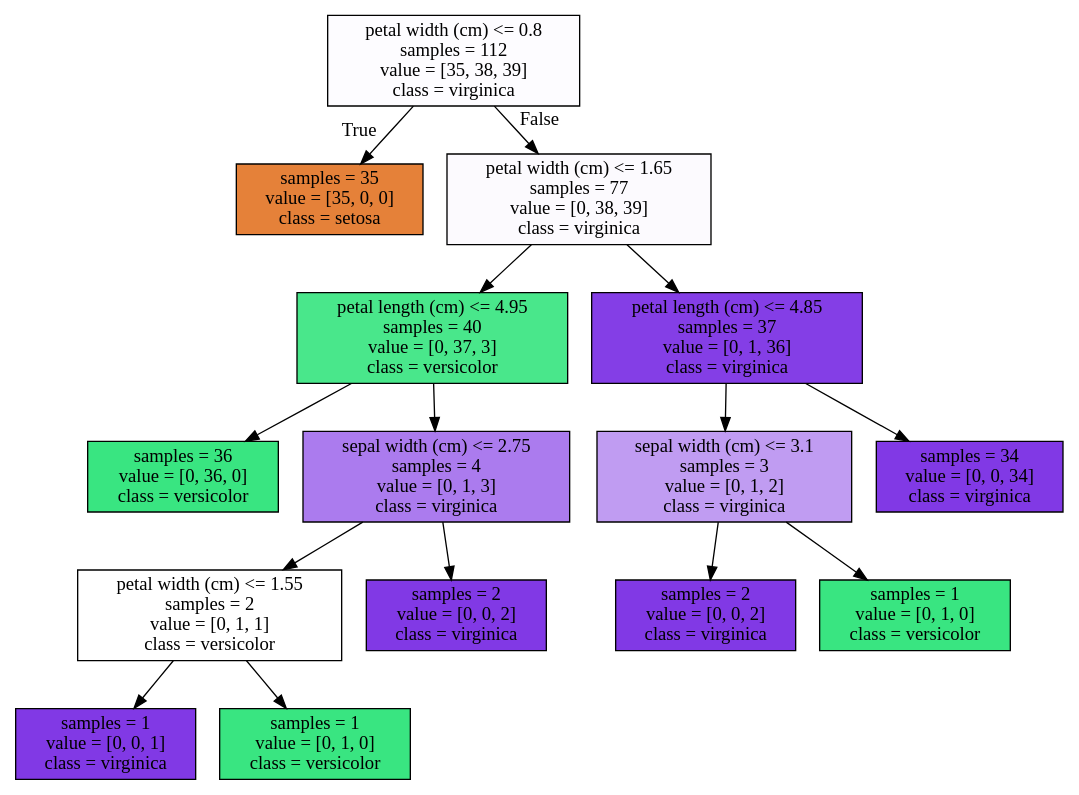
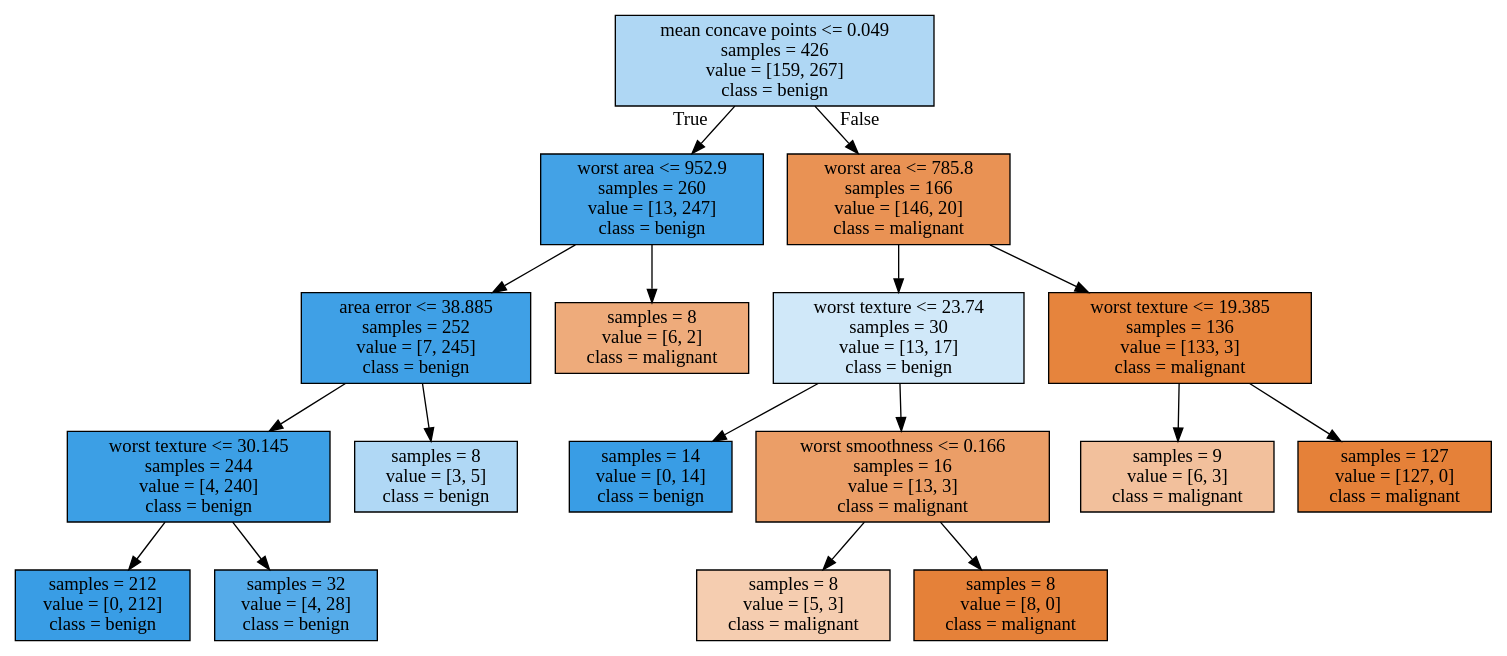
The diagram in Machine Learning/all_example_ml/adspy_temp.dot (nikshingadiya/jupyter), drawn with Graphviz before and after one commit. The commit also changed 21 other files, not shown here.

```diff
--- a/Machine Learning/all_example_ml/adspy_temp.dot
+++ b/Machine Learning/all_example_ml/adspy_temp.dot
@@ -1,32 +1,36 @@
 digraph Tree {
 node [shape=box, style="filled", color="black"] ;
-0 [label="petal width (cm) <= 0.8\nsamples = 112\nvalue = [35, 38, 39]\nclass = virginica", fillcolor="#fdfcff"] ;
-1 [label="samples = 35\nvalue = [35, 0, 0]\nclass = setosa", fillcolor="#e58139"] ;
+0 [label="mean concave points <= 0.049\nsamples = 426\nvalue = [159, 267]\nclass = benign", fillcolor="#afd7f4"] ;
+1 [label="worst area <= 952.9\nsamples = 260\nvalue = [13, 247]\nclass = benign", fillcolor="#43a2e6"] ;
 0 -> 1 [labeldistance=2.5, labelangle=45, headlabel="True"] ;
-2 [label="petal width (cm) <= 1.65\nsamples = 77\nvalue = [0, 38, 39]\nclass = virginica", fillcolor="#fcfafe"] ;
-0 -> 2 [labeldistance=2.5, labelangle=-45, headlabel="False"] ;
-3 [label="petal length (cm) <= 4.95\nsamples = 40\nvalue = [0, 37, 3]\nclass = versicolor", fillcolor="#49e78b"] ;
+2 [label="area error <= 38.885\nsamples = 252\nvalue = [7, 245]\nclass = benign", fillcolor="#3fa0e6"] ;
+1 -> 2 ;
+3 [label="worst texture <= 30.145\nsamples = 244\nvalue = [4, 240]\nclass = benign", fillcolor="#3c9fe5"] ;
 2 -> 3 ;
-4 [label="samples = 36\nvalue = [0, 36, 0]\nclass = versicolor", fillcolor="#39e581"] ;
+4 [label="samples = 212\nvalue = [0, 212]\nclass = benign", fillcolor="#399de5"] ;
 3 -> 4 ;
-5 [label="sepal width (cm) <= 2.75\nsamples = 4\nvalue = [0, 1, 3]\nclass = virginica", fillcolor="#ab7bee"] ;
+5 [label="samples = 32\nvalue = [4, 28]\nclass = benign", fillcolor="#55abe9"] ;
 3 -> 5 ;
-6 [label="petal width (cm) <= 1.55\nsamples = 2\nvalue = [0, 1, 1]\nclass = versicolor", fillcolor="#ffffff"] ;
-5 -> 6 ;
-7 [label="samples = 1\nvalue = [0, 0, 1]\nclass = virginica", fillcolor="#8139e5"] ;
-6 -> 7 ;
-8 [label="samples = 1\nvalue = [0, 1, 0]\nclass = versicolor", fillcolor="#39e581"] ;
-6 -> 8 ;
-9 [label="samples = 2\nvalue = [0, 0, 2]\nclass = virginica", fillcolor="#8139e5"] ;
-5 -> 9 ;
-10 [label="petal length (cm) <= 4.85\nsamples = 37\nvalue = [0, 1, 36]\nclass = virginica", fillcolor="#843ee6"] ;
-2 -> 10 ;
-11 [label="sepal width (cm) <= 3.1\nsamples = 3\nvalue = [0, 1, 2]\nclass = virginica", fillcolor="#c09cf2"] ;
-10 -> 11 ;
-12 [label="samples = 2\nvalue = [0, 0, 2]\nclass = virginica", fillcolor="#8139e5"] ;
+6 [label="samples = 8\nvalue = [3, 5]\nclass = benign", fillcolor="#b0d8f5"] ;
+2 -> 6 ;
+7 [label="samples = 8\nvalue = [6, 2]\nclass = malignant", fillcolor="#eeab7b"] ;
+1 -> 7 ;
+8 [label="worst area <= 785.8\nsamples = 166\nvalue = [146, 20]\nclass = malignant", fillcolor="#e99254"] ;
+0 -> 8 [labeldistance=2.5, labelangle=-45, headlabel="False"] ;
+9 [label="worst texture <= 23.74\nsamples = 30\nvalue = [13, 17]\nclass = benign", fillcolor="#d0e8f9"] ;
+8 -> 9 ;
+10 [label="samples = 14\nvalue = [0, 14]\nclass = benign", fillcolor="#399de5"] ;
+9 -> 10 ;
+11 [label="worst smoothness <= 0.166\nsamples = 16\nvalue = [13, 3]\nclass = malignant", fillcolor="#eb9e67"] ;
+9 -> 11 ;
+12 [label="samples = 8\nvalue = [5, 3]\nclass = malignant", fillcolor="#f5cdb0"] ;
 11 -> 12 ;
-13 [label="samples = 1\nvalue = [0, 1, 0]\nclass = versicolor", fillcolor="#39e581"] ;
+13 [label="samples = 8\nvalue = [8, 0]\nclass = malignant", fillcolor="#e58139"] ;
 11 -> 13 ;
-14 [label="samples = 34\nvalue = [0, 0, 34]\nclass = virginica", fillcolor="#8139e5"] ;
-10 -> 14 ;
+14 [label="worst texture <= 19.385\nsamples = 136\nvalue = [133, 3]\nclass = malignant", fillcolor="#e6843d"] ;
+8 -> 14 ;
+15 [label="samples = 9\nvalue = [6, 3]\nclass = malignant", fillcolor="#f2c09c"] ;
+14 -> 15 ;
+16 [label="samples = 127\nvalue = [127, 0]\nclass = malignant", fillcolor="#e58139"] ;
+14 -> 16 ;
 }
```
